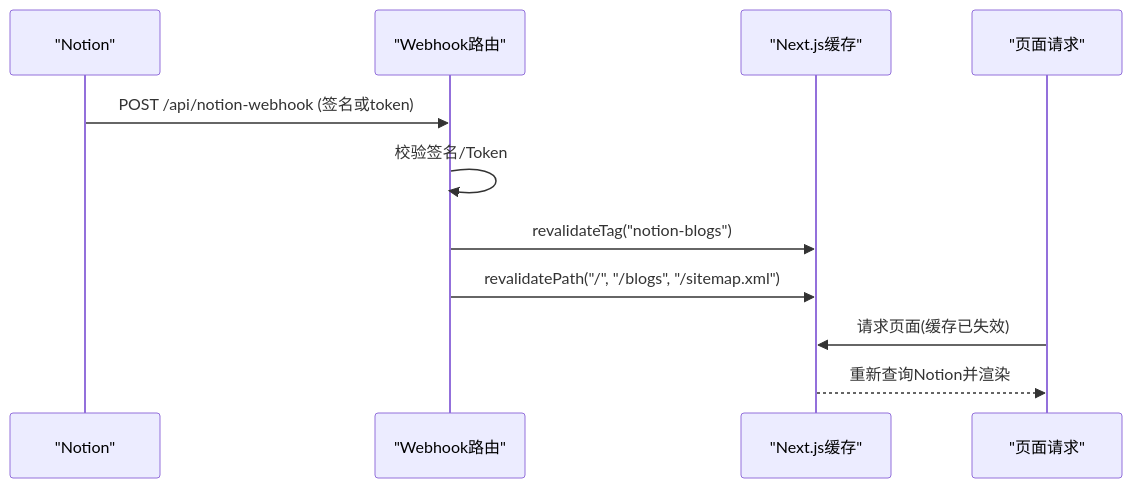
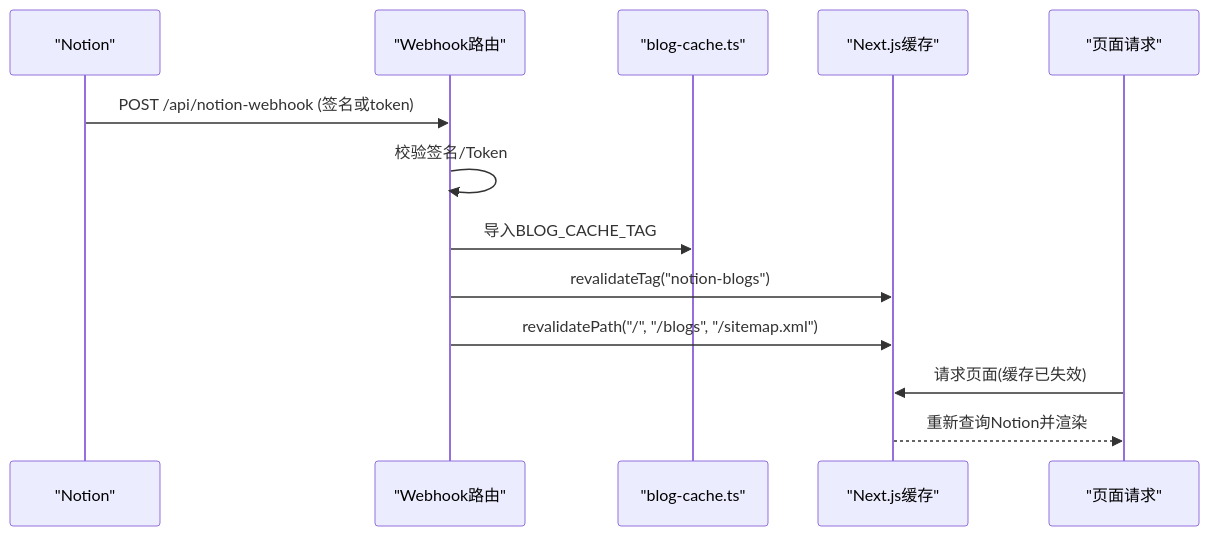
Before and after one commit to florianjsun/next-portfolio: the sixth of 7 diagrams in .qoder/repowiki/zh/content/架构设计/数据流设计/博客内容数据流.md, drawn with Mermaid. The commit also changed other lines of this file and 49 other files, not shown here.

````diff
--- a/.qoder/repowiki/zh/content/架构设计/数据流设计/博客内容数据流.md
+++ b/.qoder/repowiki/zh/content/架构设计/数据流设计/博客内容数据流.md
@@ -247,13 +283,15 @@
 ```mermaid
 sequenceDiagram
 participant N as "Notion"
 participant W as "Webhook路由"
+participant BC as "blog-cache.ts"
 participant C as "Next.js缓存"
 participant P as "页面请求"
 N->>W : POST /api/notion-webhook (签名或token)
 W->>W : 校验签名/Token
+W->>BC : 导入BLOG_CACHE_TAG
 W->>C : revalidateTag("notion-blogs")
 W->>C : revalidatePath("/", "/blogs", "/sitemap.xml")
 P->>C : 请求页面(缓存已失效)
 C-->>P : 重新查询Notion并渲染
 ```
````
